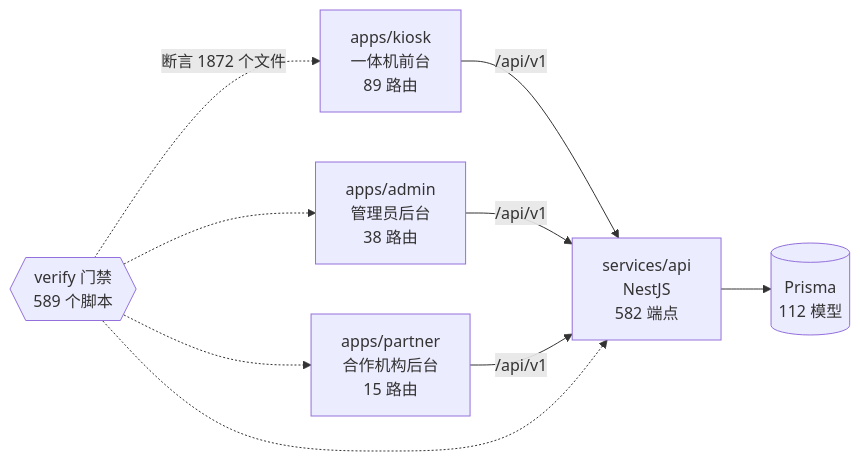
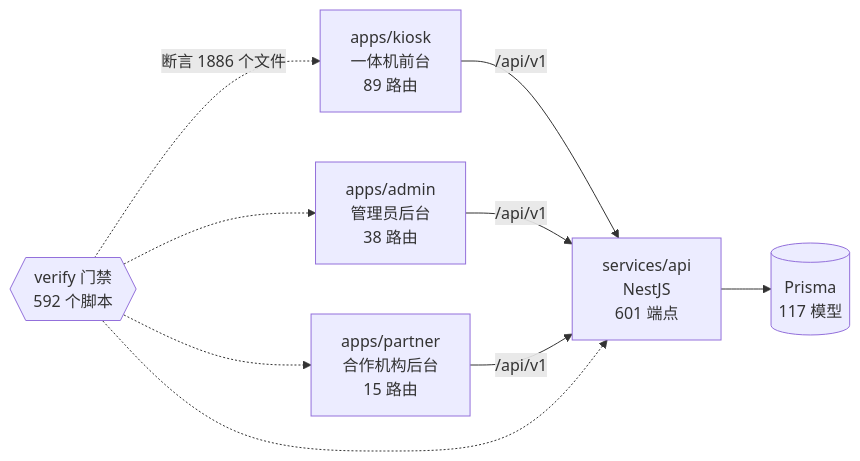
The diagram in docs/graph/README.md (wanglei581/YITIJI), drawn with Mermaid before and after one commit. The commit also changed other lines of this file and 7 other files, not shown here.

First line of the commit message:
docs(progress): 触屏版第 6 包「我的与权益」收口记录，并重新生成项目图谱

````diff
--- a/docs/graph/README.md
+++ b/docs/graph/README.md
@@ -68,18 +68,18 @@
 ```mermaid
 flowchart LR
   kiosk["apps/kiosk<br/>一体机前台<br/>89 路由"]
   admin["apps/admin<br/>管理员后台<br/>38 路由"]
   partner["apps/partner<br/>合作机构后台<br/>15 路由"]
-  api["services/api<br/>NestJS<br/>582 端点"]
-  db[("Prisma<br/>112 模型")]
-  gates{{"verify 门禁<br/>589 个脚本"}}
+  api["services/api<br/>NestJS<br/>601 端点"]
+  db[("Prisma<br/>117 模型")]
+  gates{{"verify 门禁<br/>592 个脚本"}}
 
   kiosk -->|"/api/v1"| api
   admin -->|"/api/v1"| api
   partner -->|"/api/v1"| api
   api --> db
-  gates -.->|"断言 1872 个文件"| kiosk
+  gates -.->|"断言 1886 个文件"| kiosk
   gates -.-> admin
   gates -.-> partner
   gates -.-> api
 ```
````
